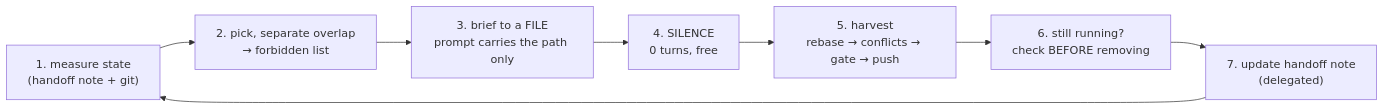
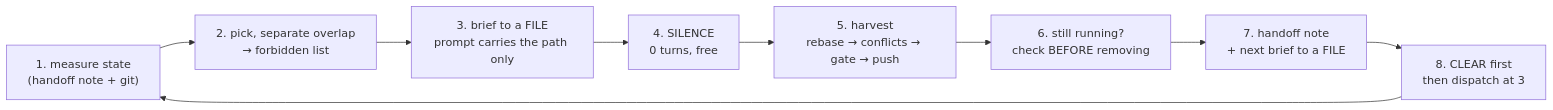
One commit to sh5623/parallel-worktree changed the first of 2 diagrams in README.md. Above: the diagram before and after it, drawn with Mermaid. The commit also changed 3 other files, not shown here.

````diff
--- a/README.md
+++ b/README.md
@@ -92,10 +92,11 @@
 ```mermaid
 flowchart LR
     A["1. measure state<br/>(handoff note + git)"] --> B["2. pick, separate overlap<br/>→ forbidden list"]
     B --> C["3. brief to a FILE<br/>prompt carries the path only"]
     C --> D["4. SILENCE<br/>0 turns, free"]
     D --> E["5. harvest<br/>rebase → conflicts → gate → push"]
     E --> F["6. still running?<br/>check BEFORE removing"]
-    F --> G["7. update handoff note<br/>(delegated)"]
-    G --> A
+    F --> G["7. handoff note<br/>+ next brief to a FILE"]
+    G --> H["8. CLEAR first<br/>then dispatch at 3"]
+    H --> A
 ```
````
